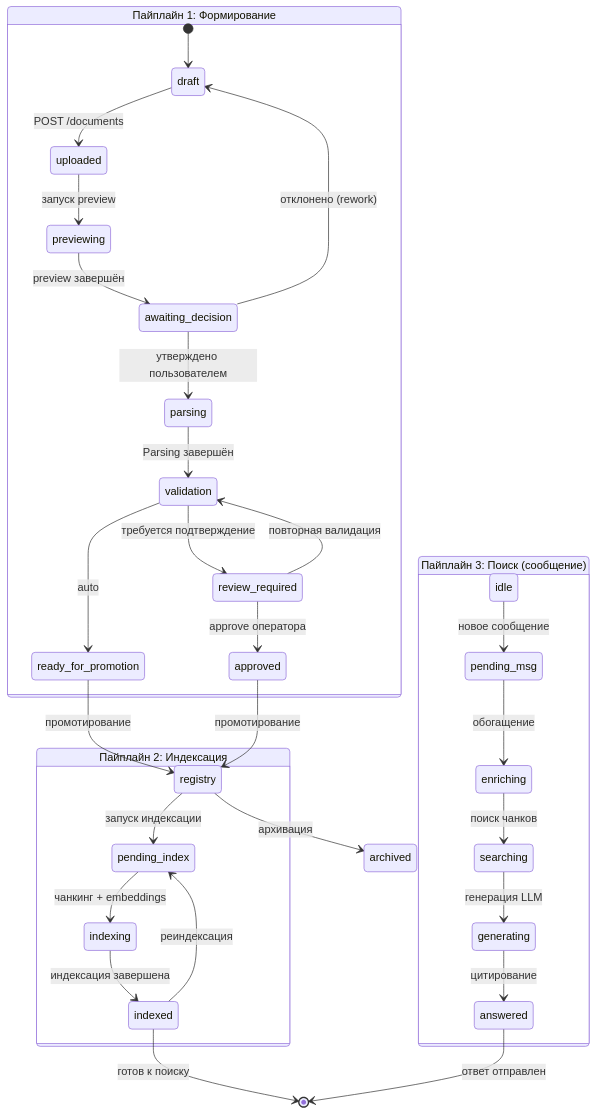
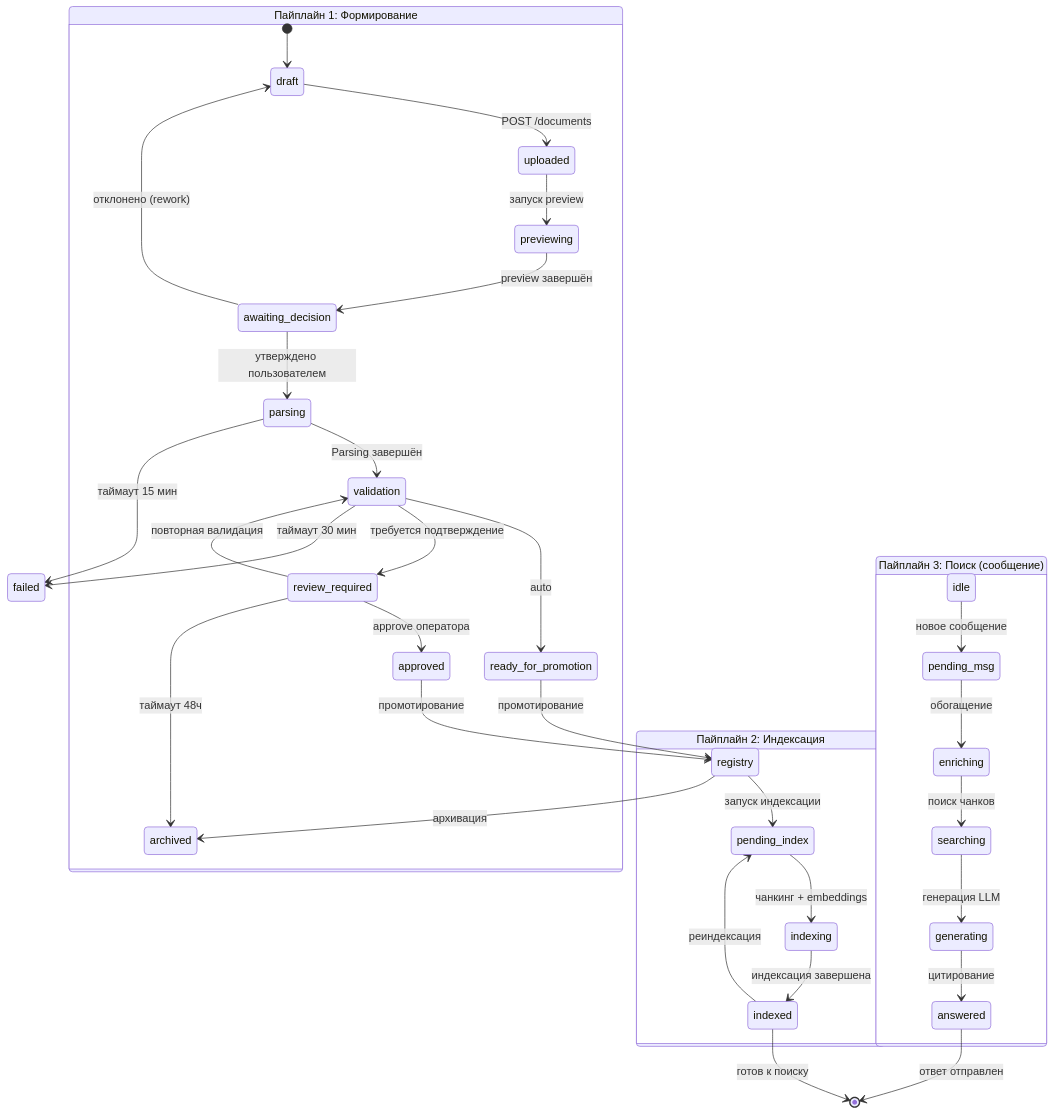
One commit to MasterKSAF/PKB changed the third of 4 diagrams in docs/pipelines/overview.md. Above: the diagram before and after it, drawn with Mermaid. The commit also changed 9 other files, not shown here.

````diff
--- a/docs/pipelines/overview.md
+++ b/docs/pipelines/overview.md
@@ -281,40 +281,43 @@
 ```mermaid
 stateDiagram-v2
     state "Пайплайн 1: Формирование" as P1 {
         [*] --> draft
         draft --> uploaded : POST /documents
         uploaded --> previewing : запуск preview
         previewing --> awaiting_decision : preview завершён
         awaiting_decision --> parsing : утверждено пользователем
         awaiting_decision --> draft : отклонено (rework)
         parsing --> validation : Parsing завершён
         validation --> ready_for_promotion : auto
         validation --> review_required : требуется подтверждение
         review_required --> approved : approve оператора
         review_required --> validation : повторная валидация
+        review_required --> archived : таймаут 48ч
         ready_for_promotion --> registry : промотирование
         approved --> registry : промотирование
     }
 
     state "Пайплайн 2: Индексация" as P2 {
         registry --> pending_index : запуск индексации
         pending_index --> indexing : чанкинг + embeddings
         indexing --> indexed : индексация завершена
     }
 
     state "Пайплайн 3: Поиск (сообщение)" as P3 {
         idle --> pending_msg : новое сообщение
         pending_msg --> enriching : обогащение
         enriching --> searching : поиск чанков
         searching --> generating : генерация LLM
         generating --> answered : цитирование
     }
 
     %% Terminal
     indexed --> [*] : готов к поиску
     answered --> [*] : ответ отправлен
 
     %% Дополнительно
     registry --> archived : архивация
     indexed --> pending_index : реиндексация
+    parsing --> failed : таймаут 15 мин
+    validation --> failed : таймаут 30 мин
 ```
````
